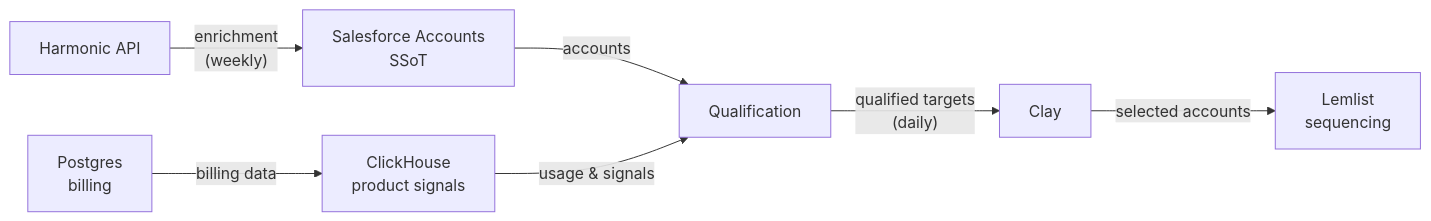
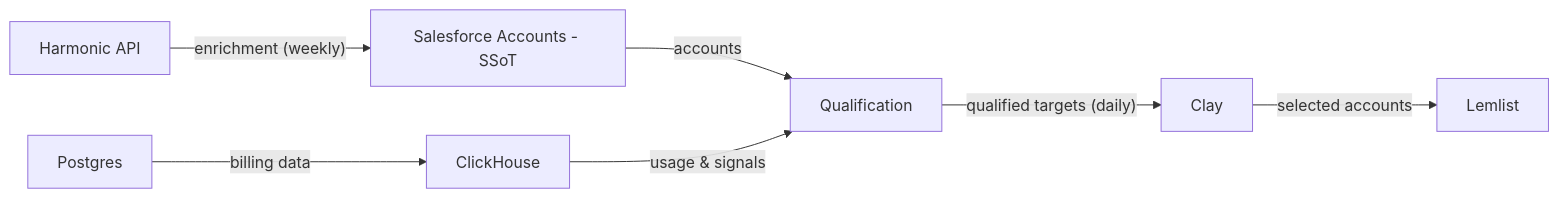
Before and after one commit to PostHog/posthog.com: the diagram in contents/handbook/growth/sales/outbound-sales.md, drawn with Mermaid.

Commit message:
Clean up diagram

````diff
--- a/contents/handbook/growth/sales/outbound-sales.md
+++ b/contents/handbook/growth/sales/outbound-sales.md
@@ -73,17 +73,17 @@
 ```mermaid
 graph LR
-    SF[Salesforce Accounts\nSSoT]
+    SF[Salesforce Accounts - SSoT]
     H[Harmonic API]
-    PG[Postgres\nbilling]
-    CH[ClickHouse\nproduct signals]
+    PG[Postgres]
+    CH[ClickHouse]
     Q[Qualification]
     CL[Clay]
-    LL[Lemlist\nsequencing]
+    LL[Lemlist]
 
-    H -- "enrichment\n(weekly)" --> SF
+    H -- "enrichment (weekly)" --> SF
     SF -- "accounts" --> Q
     PG -- "billing data" --> CH
     CH -- "usage & signals" --> Q
-    Q -- "qualified targets\n(daily)" --> CL
+    Q -- "qualified targets (daily)" --> CL
     CL -- "selected accounts" --> LL
 ```
````
